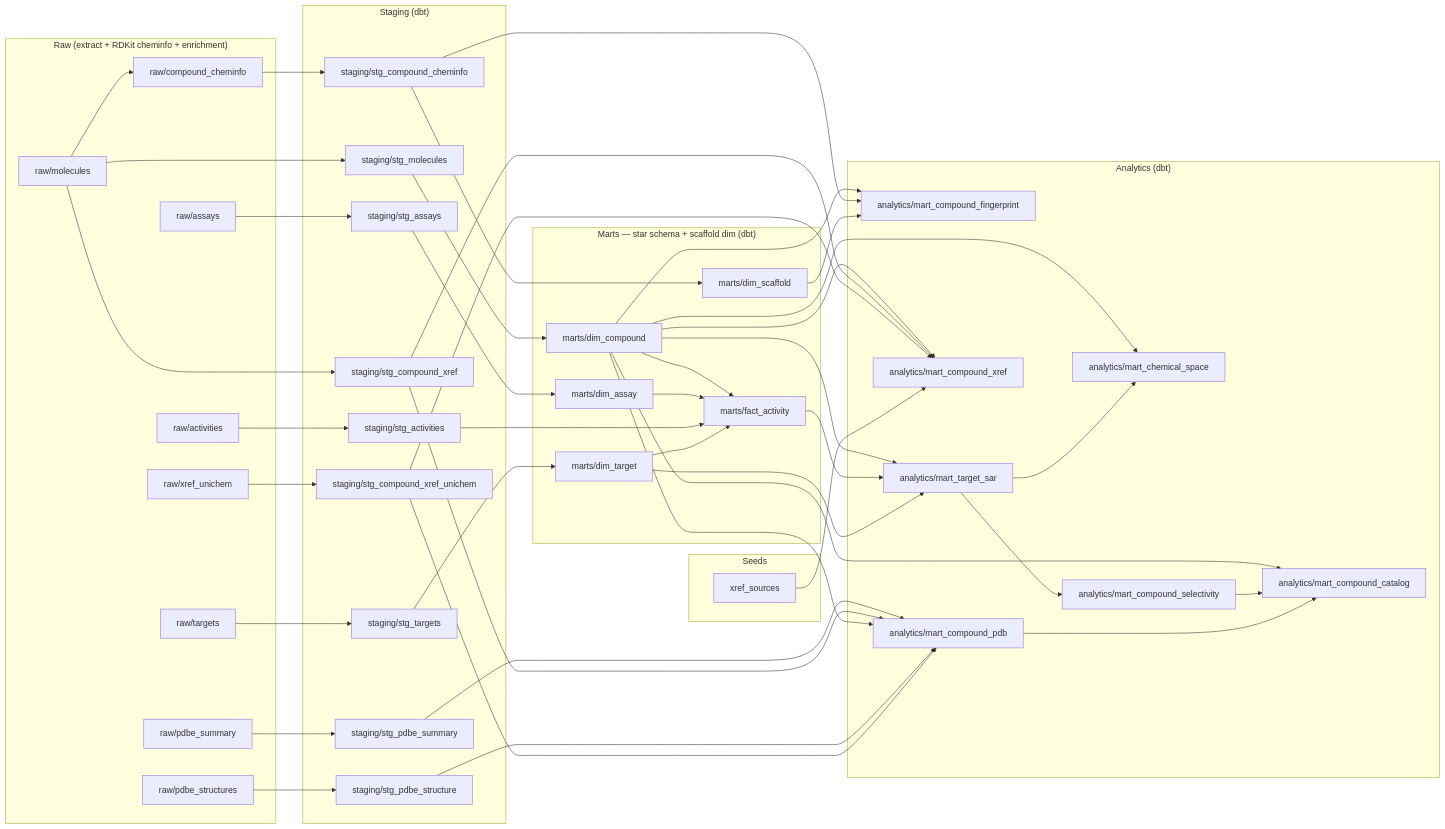
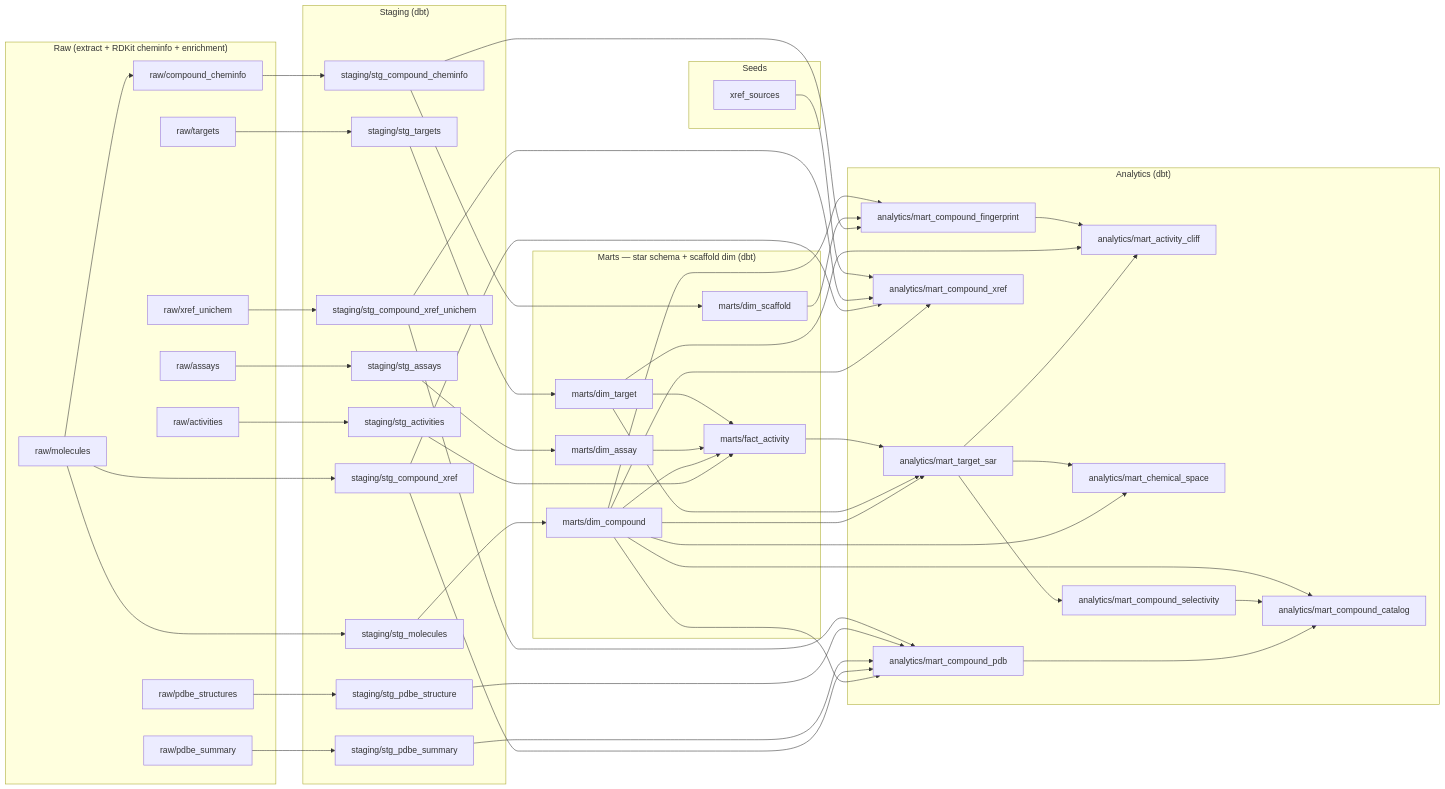
The diagram in docs/ORCHESTRATION.md (Knusperftw/SARVault), drawn with Mermaid before and after one commit. The commit also changed 21 other files, not shown here.

Commit message:
feat(sar): activity-cliff mart + dashboard page (F1.4), data-driven thresholds

```diff
--- a/docs/ORCHESTRATION.md
+++ b/docs/ORCHESTRATION.md
@@ -48,6 +48,7 @@
     marts_fact_activity["marts/fact_activity"]
   end
   subgraph analytics["Analytics (dbt)"]
+    analytics_mart_activity_cliff["analytics/mart_activity_cliff"]
     analytics_mart_chemical_space["analytics/mart_chemical_space"]
     analytics_mart_compound_catalog["analytics/mart_compound_catalog"]
     analytics_mart_compound_fingerprint["analytics/mart_compound_fingerprint"]
@@ -59,17 +60,20 @@
   subgraph seed["Seeds"]
     xref_sources["xref_sources"]
   end
+  analytics_mart_target_sar --> analytics_mart_activity_cliff
+  marts_dim_target --> analytics_mart_activity_cliff
+  analytics_mart_compound_fingerprint --> analytics_mart_activity_cliff
   marts_dim_compound --> analytics_mart_chemical_space
   analytics_mart_target_sar --> analytics_mart_chemical_space
+  analytics_mart_compound_pdb --> analytics_mart_compound_catalog
+  analytics_mart_compound_selectivity --> analytics_mart_compound_catalog
   marts_dim_compound --> analytics_mart_compound_catalog
-  analytics_mart_compound_selectivity --> analytics_mart_compound_catalog
-  analytics_mart_compound_pdb --> analytics_mart_compound_catalog
-  marts_dim_compound --> analytics_mart_compound_fingerprint
   staging_stg_compound_cheminfo --> analytics_mart_compound_fingerprint
   marts_dim_scaffold --> analytics_mart_compound_fingerprint
+  marts_dim_compound --> analytics_mart_compound_fingerprint
+  marts_dim_compound --> analytics_mart_compound_pdb
+  staging_stg_compound_xref --> analytics_mart_compound_pdb
   staging_stg_pdbe_summary --> analytics_mart_compound_pdb
-  staging_stg_compound_xref --> analytics_mart_compound_pdb
-  marts_dim_compound --> analytics_mart_compound_pdb
   staging_stg_pdbe_structure --> analytics_mart_compound_pdb
   staging_stg_compound_xref_unichem --> analytics_mart_compound_pdb
   analytics_mart_target_sar --> analytics_mart_compound_selectivity
@@ -78,15 +82,15 @@
   staging_stg_compound_xref_unichem --> analytics_mart_compound_xref
   xref_sources --> analytics_mart_compound_xref
   marts_dim_compound --> analytics_mart_target_sar
+  marts_dim_target --> analytics_mart_target_sar
   marts_fact_activity --> analytics_mart_target_sar
-  marts_dim_target --> analytics_mart_target_sar
   staging_stg_assays --> marts_dim_assay
   staging_stg_molecules --> marts_dim_compound
   staging_stg_compound_cheminfo --> marts_dim_scaffold
   staging_stg_targets --> marts_dim_target
+  staging_stg_activities --> marts_fact_activity
   marts_dim_compound --> marts_fact_activity
   marts_dim_assay --> marts_fact_activity
-  staging_stg_activities --> marts_fact_activity
   marts_dim_target --> marts_fact_activity
   raw_molecules --> raw_compound_cheminfo
   raw_activities --> staging_stg_activities
```
